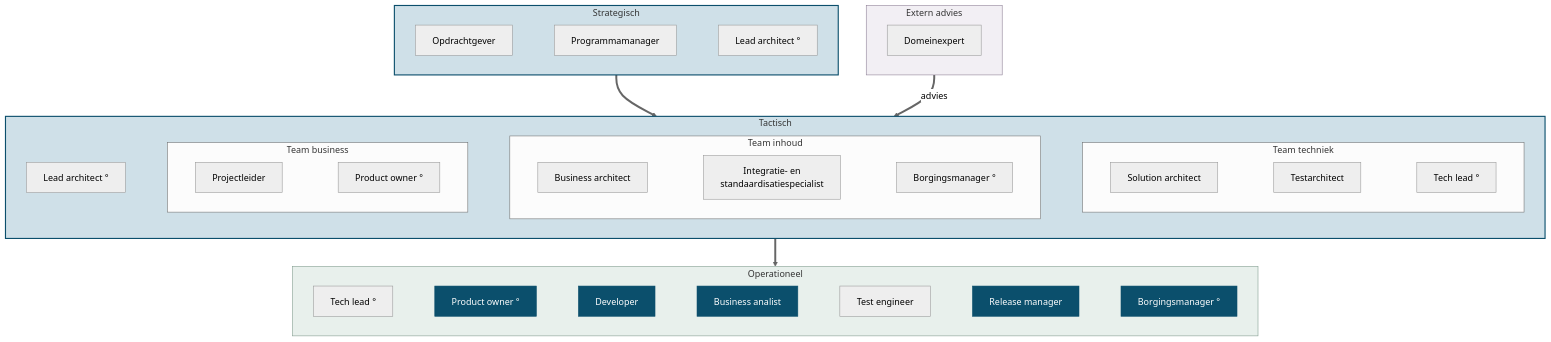
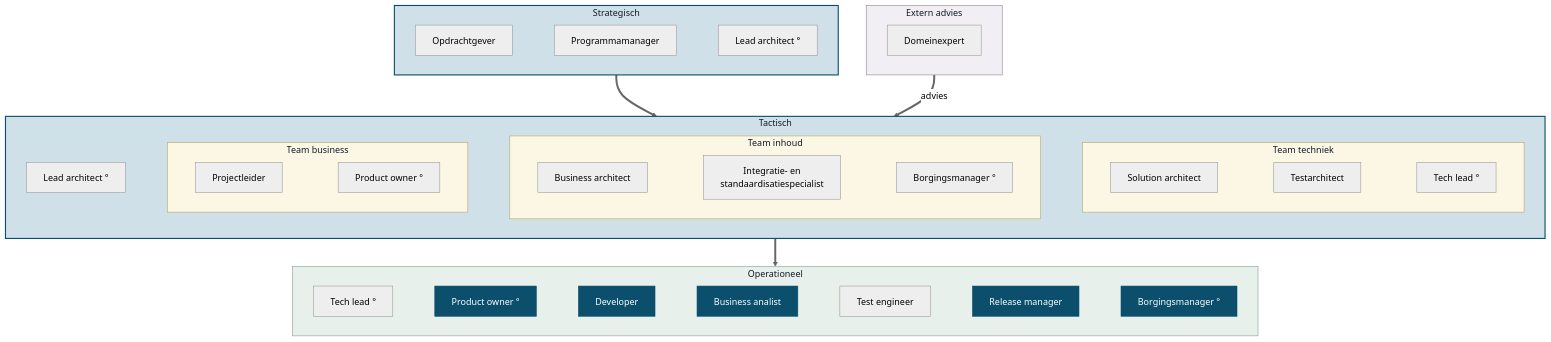
The second of 3 diagrams in presentaties/src/260903_rollen.md (Npuls-OKx/meta), drawn with Mermaid (neutral theme) before and after one commit. The commit also changed other lines of this file, not shown here.

````diff
--- a/presentaties/src/260903_rollen.md
+++ b/presentaties/src/260903_rollen.md
@@ -146,44 +149,47 @@
 ```mermaid
 flowchart TB
   subgraph EX["Extern advies"]
     direction LR
     DE["Domeinexpert"]
   end
   subgraph S["Strategisch"]
     direction LR
     OG["Opdrachtgever"] ~~~ PM["Programmamanager"] ~~~ LA1["Lead architect °"]
   end
   subgraph T["Tactisch"]
     direction LR
     LA2["Lead architect °"]
     subgraph TB2["Team business"]
       direction LR
       PL["Projectleider"] ~~~ PO1["Product owner °"]
     end
     subgraph TI["Team inhoud"]
       direction LR
       BAR["Business architect"] ~~~ IS["Integratie- en<br/>standaardisatiespecialist"] ~~~ BM1["Borgingsmanager °"]
     end
     subgraph TT["Team techniek"]
       direction LR
       SA["Solution architect"] ~~~ TA["Testarchitect"] ~~~ TL1["Tech lead °"]
     end
     LA2 ~~~ TB2 ~~~ TI ~~~ TT
   end
   subgraph O["Operationeel"]
     direction LR
     TL2["Tech lead °"] ~~~ PO2["Product owner °"] ~~~ DEV["Developer"] ~~~ BA["Business analist"] ~~~ TE["Test engineer"] ~~~ RM["Release manager"] ~~~ BM2["Borgingsmanager °"]
   end
   S ==> T
   T ==> O
   EX ==>|advies| T
-  style EX fill:#f2eff4,stroke:#8c7e94
-  style S fill:#cfe0e8,stroke:#0B4F6C,stroke-width:2px
-  style T fill:#cfe0e8,stroke:#0B4F6C,stroke-width:2px
-  style O fill:#e8f0ec,stroke:#7f9a8c
+  style TB2 fill:#fbf7e4,stroke:#b3a55f,color:#111827
+  style TI fill:#fbf7e4,stroke:#b3a55f,color:#111827
+  style TT fill:#fbf7e4,stroke:#b3a55f,color:#111827
+  style EX fill:#f2eff4,stroke:#8c7e94,color:#111827
+  style S fill:#cfe0e8,stroke:#0B4F6C,stroke-width:2px,color:#111827
+  style T fill:#cfe0e8,stroke:#0B4F6C,stroke-width:2px,color:#111827
+  style O fill:#e8f0ec,stroke:#7f9a8c,color:#111827
   style PO2 fill:#0B4F6C,stroke:#0B4F6C,color:#fff
   style DEV fill:#0B4F6C,stroke:#0B4F6C,color:#fff
   style BA fill:#0B4F6C,stroke:#0B4F6C,color:#fff
   style RM fill:#0B4F6C,stroke:#0B4F6C,color:#fff
   style BM2 fill:#0B4F6C,stroke:#0B4F6C,color:#fff
 ```
````
